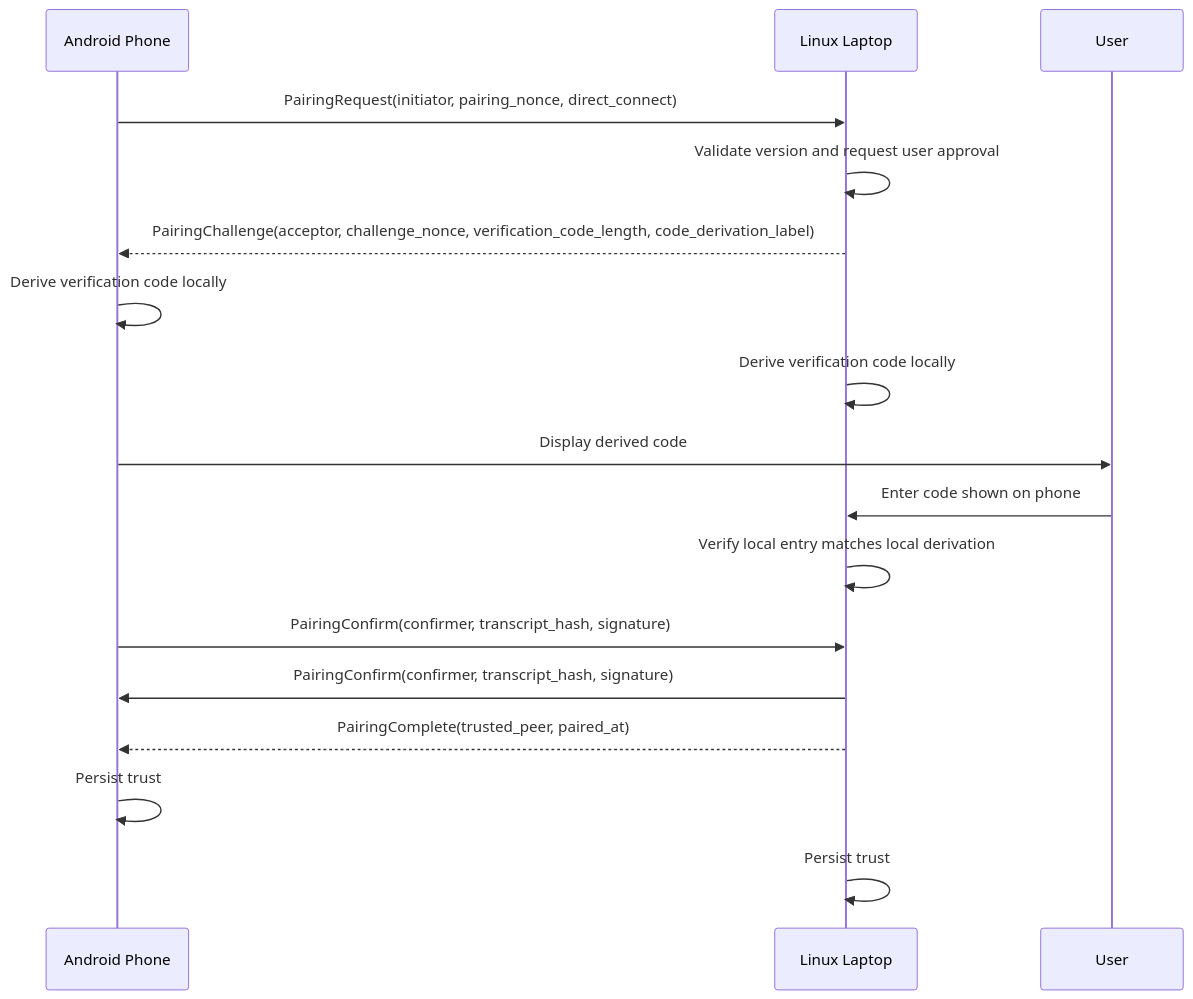
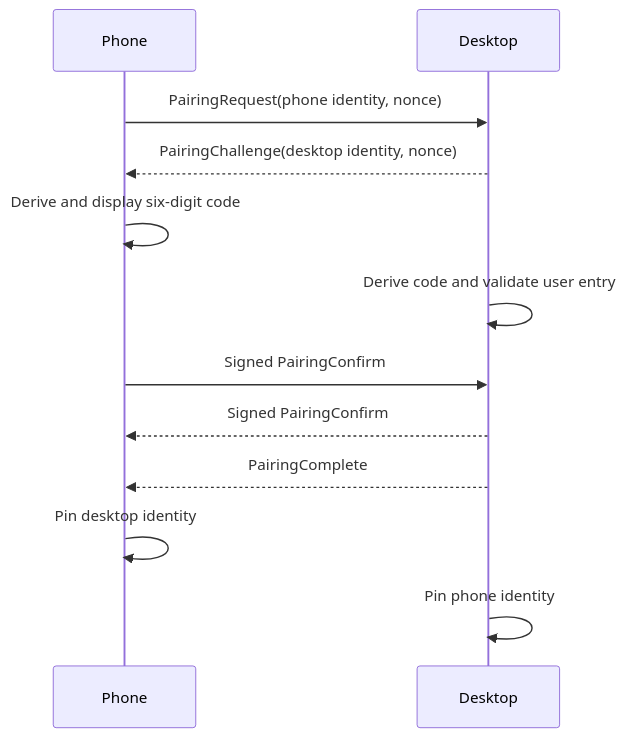
The first of 4 diagrams in protocol/docs/packet_flow.md (ROSHAN-basyal/Linkable), drawn with Mermaid before and after one commit. The commit also changed other lines of this file and 63 other files, not shown here.

````diff
--- a/protocol/docs/packet_flow.md
+++ b/protocol/docs/packet_flow.md
@@ -34,19 +5,14 @@
 ```mermaid
 sequenceDiagram
-    participant Phone as Android Phone
-    participant Laptop as Linux Laptop
-
-    Phone->>Laptop: PairingRequest(initiator, pairing_nonce, direct_connect)
-    Laptop->>Laptop: Validate version and request user approval
-    Laptop-->>Phone: PairingChallenge(acceptor, challenge_nonce, verification_code_length, code_derivation_label)
-    Phone->>Phone: Derive verification code locally
-    Laptop->>Laptop: Derive verification code locally
-    Phone->>User: Display derived code
-    User->>Laptop: Enter code shown on phone
-    Laptop->>Laptop: Verify local entry matches local derivation
-    Phone->>Laptop: PairingConfirm(confirmer, transcript_hash, signature)
-    Laptop->>Phone: PairingConfirm(confirmer, transcript_hash, signature)
-    Laptop-->>Phone: PairingComplete(trusted_peer, paired_at)
-    Phone->>Phone: Persist trust
-    Laptop->>Laptop: Persist trust
+    participant Phone
+    participant Desktop
+    Phone->>Desktop: PairingRequest(phone identity, nonce)
+    Desktop-->>Phone: PairingChallenge(desktop identity, nonce)
+    Phone->>Phone: Derive and display six-digit code
+    Desktop->>Desktop: Derive code and validate user entry
+    Phone->>Desktop: Signed PairingConfirm
+    Desktop-->>Phone: Signed PairingConfirm
+    Desktop-->>Phone: PairingComplete
+    Phone->>Phone: Pin desktop identity
+    Desktop->>Desktop: Pin phone identity
 ```
````
